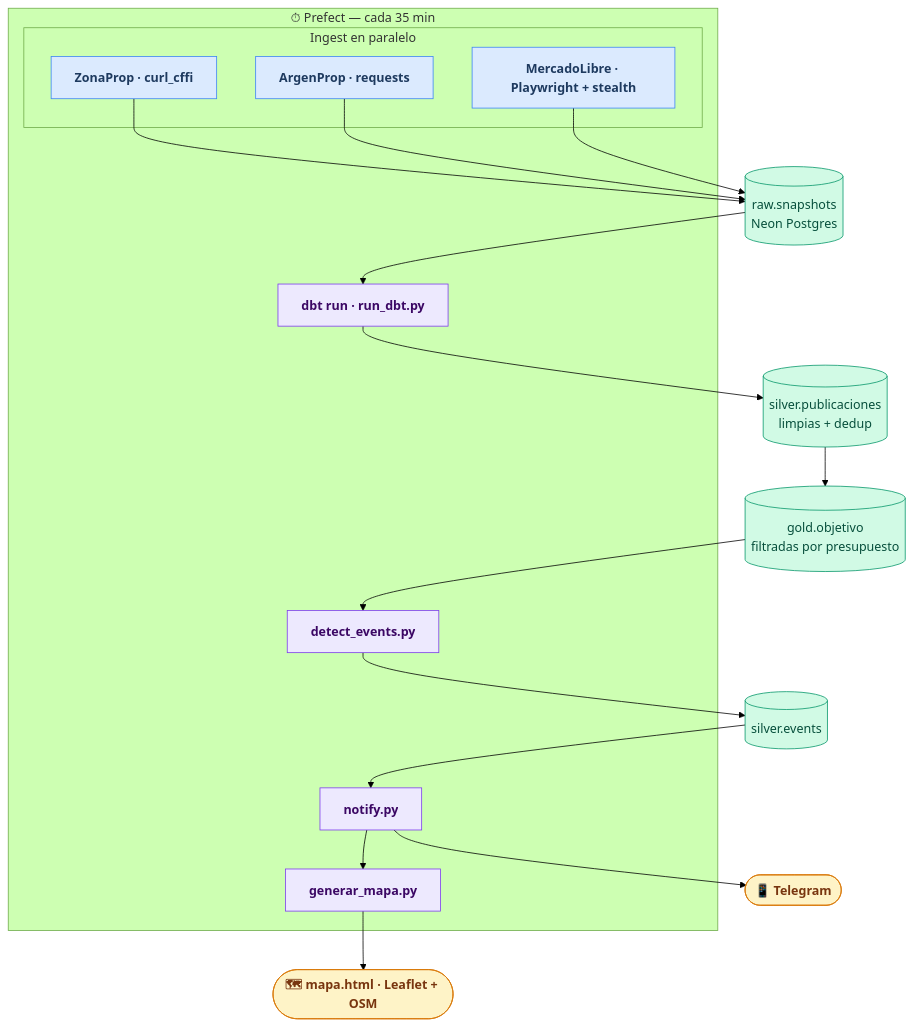
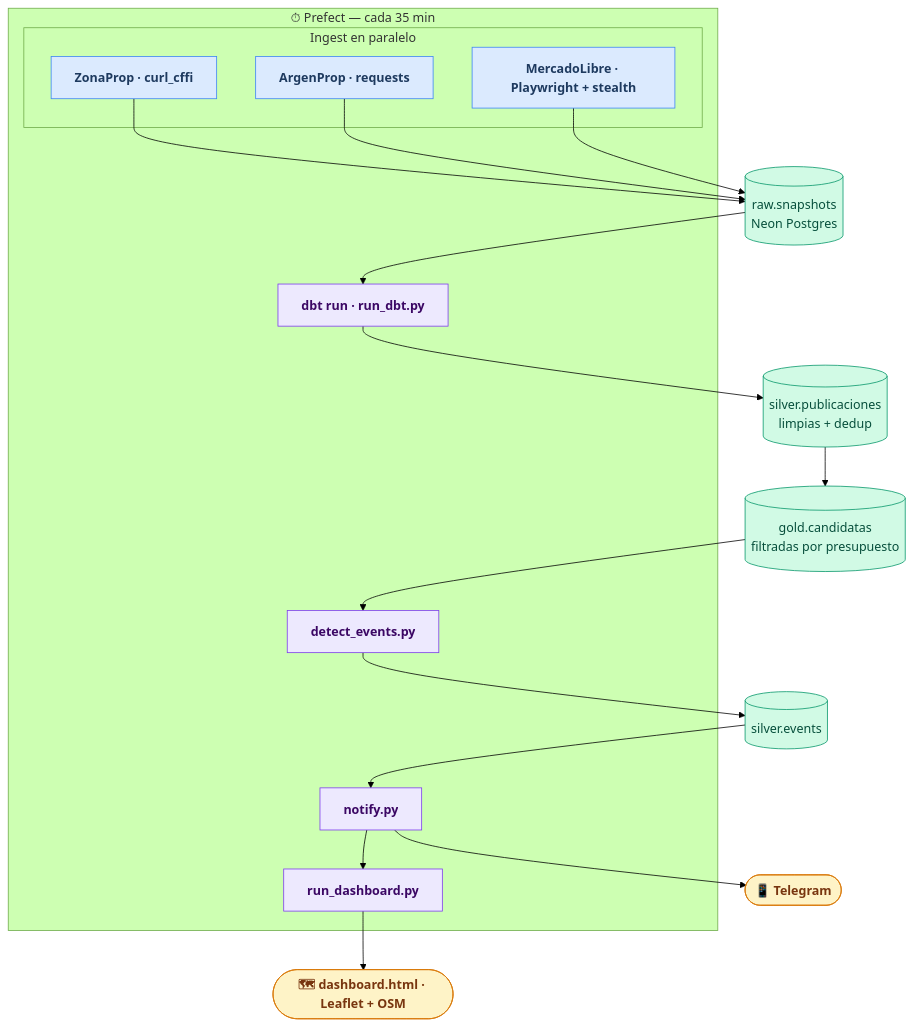
The diagram in README.md (NotoFederico/rent_radar), drawn with Mermaid (forest theme) before and after one commit. The commit also changed other lines of this file and 9 other files, not shown here.

Commit message:
v1.4 se actualiza el dashboard y se agrega tabla gold de metricas

````diff
--- a/README.md
+++ b/README.md
@@ -27,39 +31,39 @@
 ```mermaid
 flowchart TD
     classDef spider  fill:#dbeafe,stroke:#3b82f6,color:#1e3a5f,font-weight:bold
     classDef process fill:#ede9fe,stroke:#7c3aed,color:#3b0764,font-weight:bold
     classDef db      fill:#d1fae5,stroke:#059669,color:#064e3b
     classDef out     fill:#fef3c7,stroke:#d97706,color:#78350f,font-weight:bold
 
     RAW[("raw.snapshots\nNeon Postgres")]:::db
     SIL[("silver.publicaciones\nlimpias + dedup")]:::db
-    GOLD[("gold.objetivo\nfiltradas por presupuesto")]:::db
+    GOLD[("gold.candidatas\nfiltradas por presupuesto")]:::db
     EV[("silver.events")]:::db
     TG(["📱 Telegram"]):::out
-    MAP(["🗺 mapa.html · Leaflet + OSM"]):::out
+    MAP(["🗺 dashboard.html · Leaflet + OSM"]):::out
 
     subgraph Prefect ["⏱ Prefect — cada 35 min"]
         subgraph Ingest ["Ingest en paralelo"]
             ZP["ZonaProp · curl_cffi"]:::spider
             AP["ArgenProp · requests"]:::spider
             ML["MercadoLibre · Playwright + stealth"]:::spider
         end
         DBT["dbt run · run_dbt.py"]:::process
         DE["detect_events.py"]:::process
         NO["notify.py"]:::process
-        GM["generar_mapa.py"]:::process
+        GM["run_dashboard.py"]:::process
     end
 
     ZP --> RAW
     AP --> RAW
     ML --> RAW
     RAW --> DBT
     DBT --> SIL
     SIL --> GOLD
     GOLD --> DE
     DE --> EV
     EV --> NO
     NO --> TG
     NO --> GM
     GM --> MAP
 ```
````
